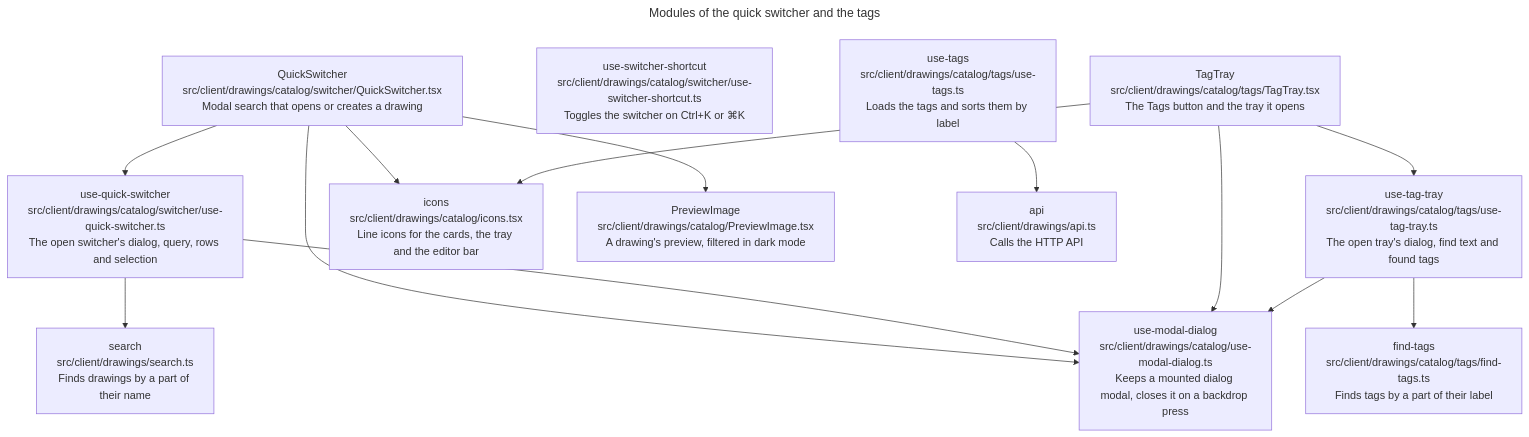
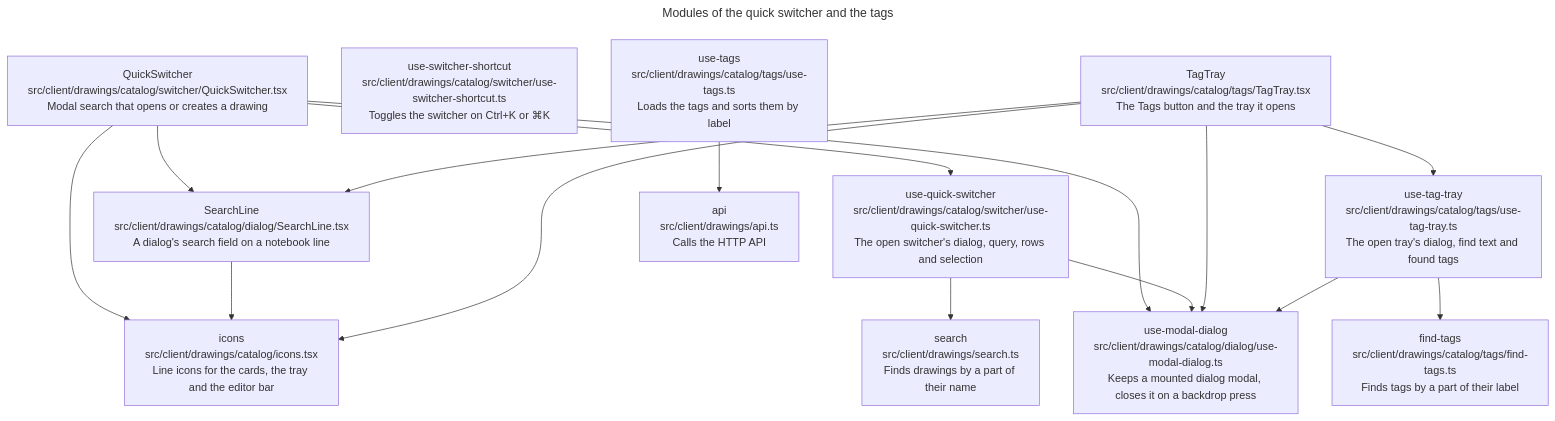
One commit to remshams/excalidraw-dashboard changed the eighth of 11 diagrams in docs/architecture/architecture.md. Above: the diagram before and after it, drawn with Mermaid. The commit also changed other lines of this file and 1 other file, not shown here.

Commit message:
docs(Architecture): describe the shared dialog folder

````diff
--- a/docs/architecture/architecture.md
+++ b/docs/architecture/architecture.md
@@ -238,23 +239,24 @@
 ```mermaid
 ---
 title: Modules of the quick switcher and the tags
 ---
 flowchart TD
     switcher["QuickSwitcher<br>src/client/drawings/catalog/switcher/QuickSwitcher.tsx<br>Modal search that opens or creates a drawing"]:::module
     switcherState["use-quick-switcher<br>src/client/drawings/catalog/switcher/use-quick-switcher.ts<br>The open switcher's dialog, query, rows and selection"]:::module
     shortcut["use-switcher-shortcut<br>src/client/drawings/catalog/switcher/use-switcher-shortcut.ts<br>Toggles the switcher on Ctrl+K or ⌘K"]:::module
     tray["TagTray<br>src/client/drawings/catalog/tags/TagTray.tsx<br>The Tags button and the tray it opens"]:::module
     trayState["use-tag-tray<br>src/client/drawings/catalog/tags/use-tag-tray.ts<br>The open tray's dialog, find text and found tags"]:::module
     findTags["find-tags<br>src/client/drawings/catalog/tags/find-tags.ts<br>Finds tags by a part of their label"]:::module
     tags["use-tags<br>src/client/drawings/catalog/tags/use-tags.ts<br>Loads the tags and sorts them by label"]:::module
-    modal["use-modal-dialog<br>src/client/drawings/catalog/use-modal-dialog.ts<br>Keeps a mounted dialog modal, closes it on a backdrop press"]:::module
+    modal["use-modal-dialog<br>src/client/drawings/catalog/dialog/use-modal-dialog.ts<br>Keeps a mounted dialog modal, closes it on a backdrop press"]:::module
+    line["SearchLine<br>src/client/drawings/catalog/dialog/SearchLine.tsx<br>A dialog's search field on a notebook line"]:::module
     icons["icons<br>src/client/drawings/catalog/icons.tsx<br>Line icons for the cards, the tray and the editor bar"]:::module
-    previewImage["PreviewImage<br>src/client/drawings/catalog/PreviewImage.tsx<br>A drawing's preview, filtered in dark mode"]:::module
     search["search<br>src/client/drawings/search.ts<br>Finds drawings by a part of their name"]:::module
     api["api<br>src/client/drawings/api.ts<br>Calls the HTTP API"]:::module
-    switcher --> icons & previewImage & switcherState & modal
+    switcher --> icons & line & switcherState & modal
     switcherState --> search & modal
-    tray --> icons & trayState & modal
+    line --> icons
+    tray --> icons & line & trayState & modal
     trayState --> findTags & modal
     tags --> api
 ```
````
